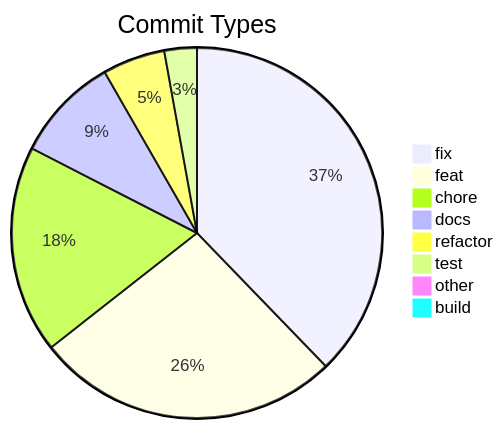
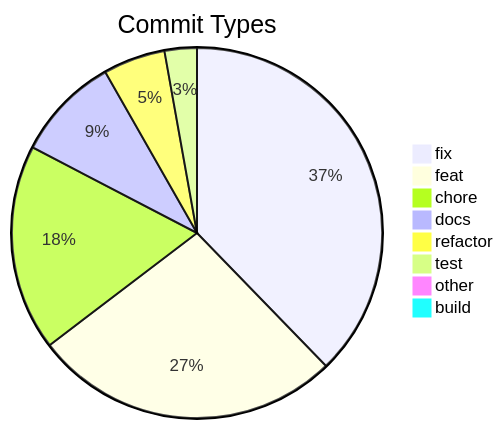
The diagram in .shipwright/compliance/change-history.md (svenroth-ai/shipwright-webui), drawn with Mermaid before and after one commit. The commit also changed other lines of this file and 10 other files, not shown here.

````diff
--- a/.shipwright/compliance/change-history.md
+++ b/.shipwright/compliance/change-history.md
@@ -8,11 +8,11 @@
 ```mermaid
 pie title Commit Types
-    "fix" : 173
-    "feat" : 122
+    "fix" : 174
+    "feat" : 124
     "chore" : 83
     "docs" : 42
     "refactor" : 25
     "test" : 13
     "other" : 4
     "build" : 1
 ```
````
